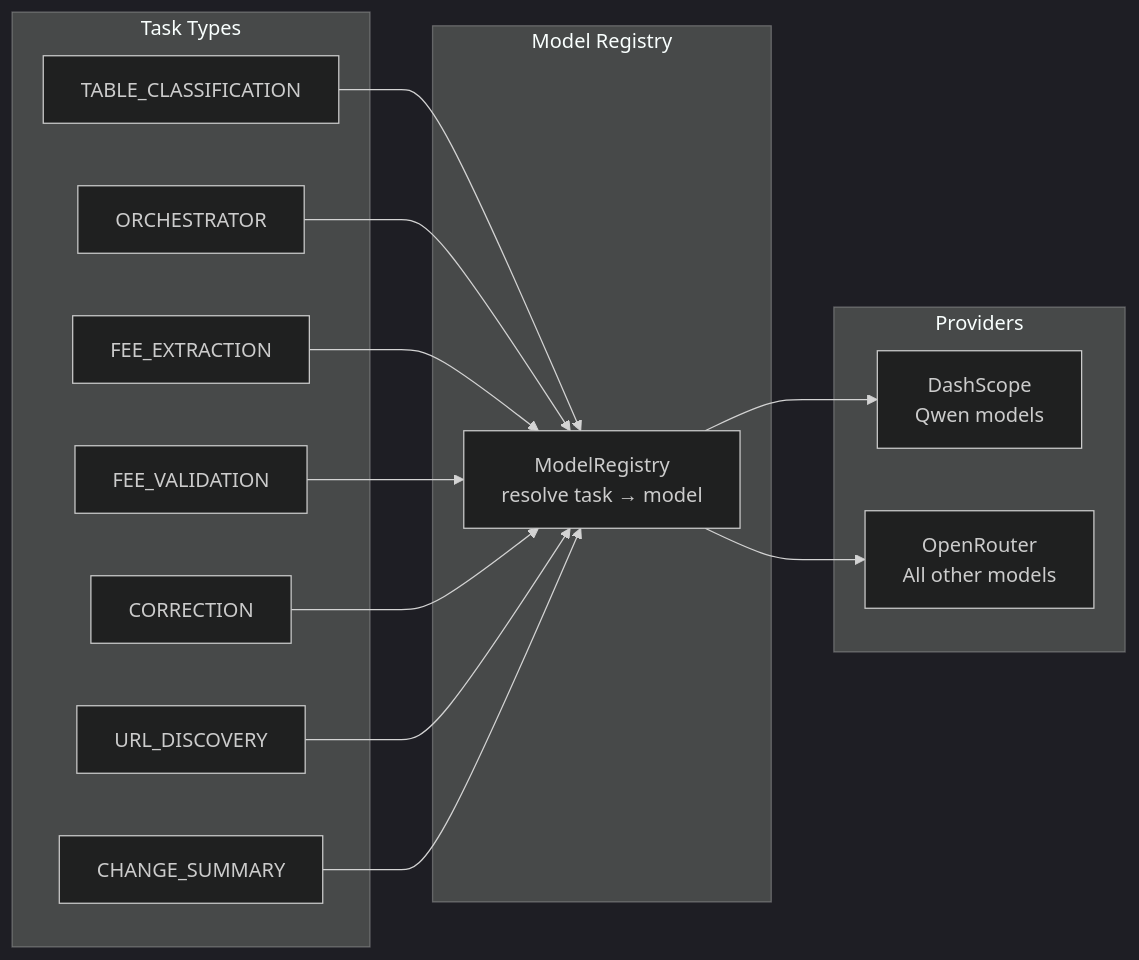
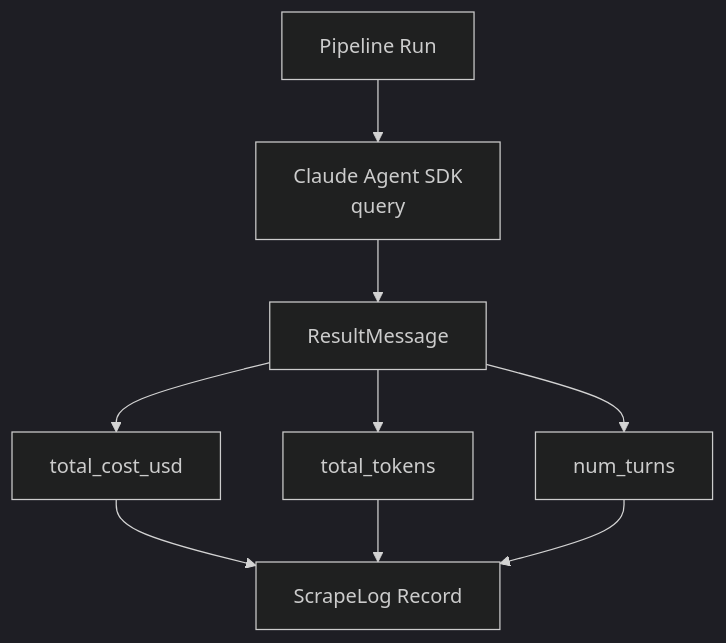
The second of 4 diagrams in docs/wiki/AI-Agent-System.md (seoyds/exnot), drawn with Mermaid (dark theme) before and after one commit. The commit also changed other lines of this file and 11 other files, not shown here.

First line of the commit message:
docs: update wiki to reflect Claude Agent SDK migration

````diff
--- a/docs/wiki/AI-Agent-System.md
+++ b/docs/wiki/AI-Agent-System.md
@@ -52,32 +164,11 @@
 ```mermaid
-graph LR
-    subgraph "Task Types"
-        T1[TABLE_CLASSIFICATION]
-        T2[ORCHESTRATOR]
-        T3[FEE_EXTRACTION]
-        T4[FEE_VALIDATION]
-        T5[CORRECTION]
-        T6[URL_DISCOVERY]
-        T7[CHANGE_SUMMARY]
-    end
-
-    subgraph "Model Registry"
-        MR[ModelRegistry<br/>resolve task → model]
-    end
-
-    subgraph "Providers"
-        DS[DashScope<br/>Qwen models]
-        OR[OpenRouter<br/>All other models]
-    end
-
-    T1 --> MR
-    T2 --> MR
-    T3 --> MR
-    T4 --> MR
-    T5 --> MR
-    T6 --> MR
-    T7 --> MR
-
-    MR --> DS
-    MR --> OR
+graph TD
+    A[Pipeline Run] --> B[Claude Agent SDK<br/>query]
+    B --> C[ResultMessage]
+    C --> D[total_cost_usd]
+    C --> E[total_tokens]
+    C --> F[num_turns]
+    D --> G[ScrapeLog Record]
+    E --> G
+    F --> G
 ```
````
